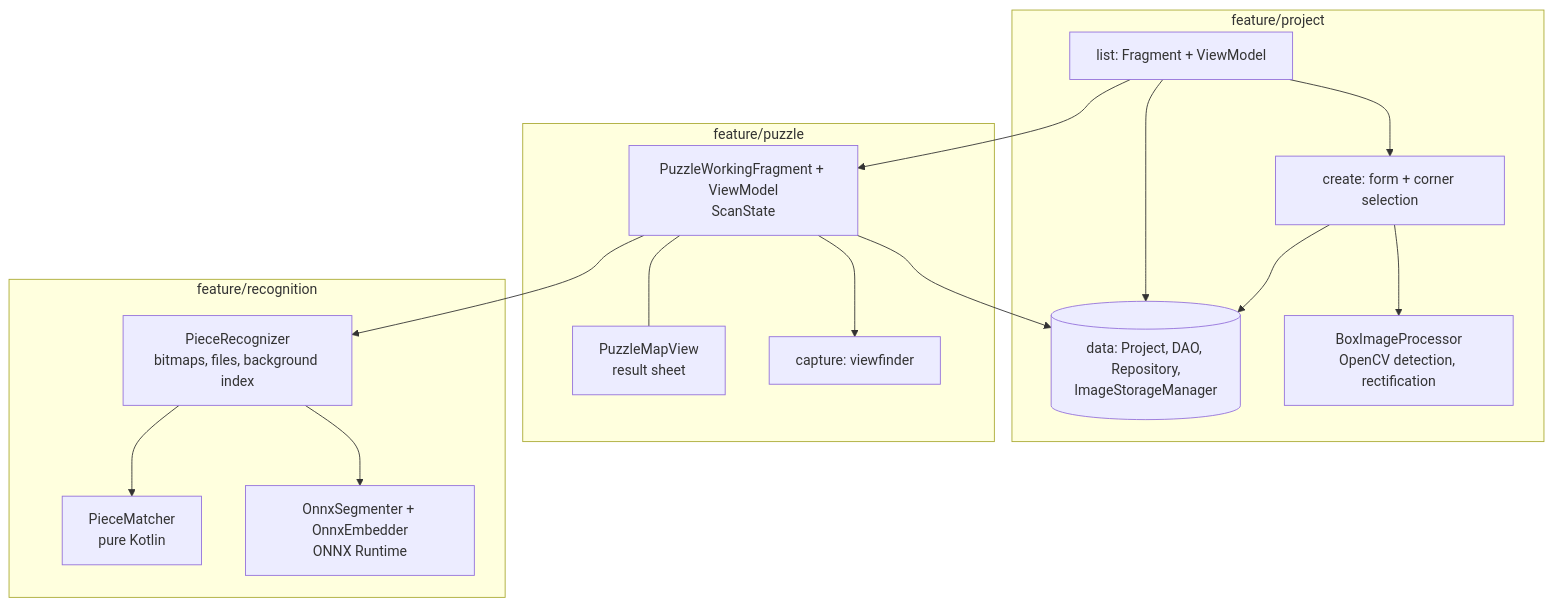
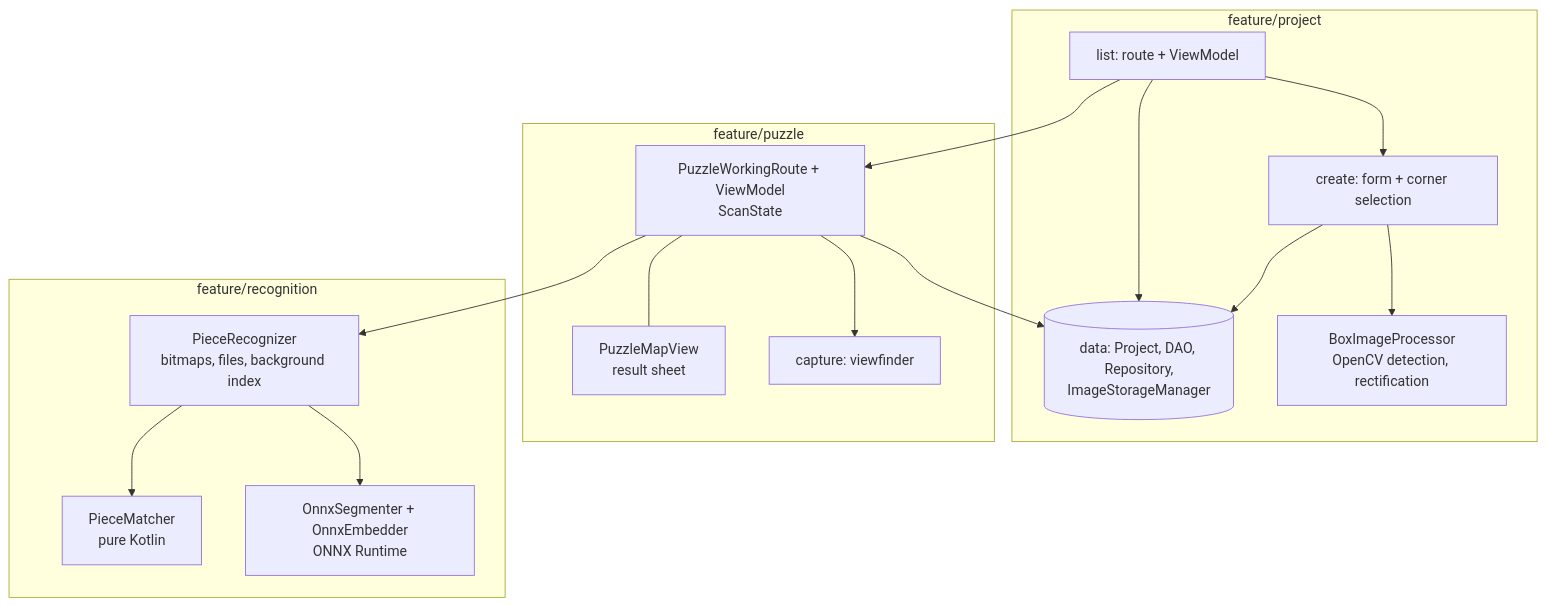
The second of 3 diagrams in README.md (LilyanLefevre/PuzzleIt), drawn with Mermaid before and after one commit. The commit also changed other lines of this file and 2 other files, not shown here.

Commit message:
docs: describe the Navigation Compose setup (09-compose, README, project notes)

````diff
--- a/README.md
+++ b/README.md
@@ -79,21 +79,21 @@
 ```mermaid
 flowchart TB
   subgraph project[feature/project]
-    L[list: Fragment + ViewModel]
+    L[list: route + ViewModel]
     C[create: form + corner selection]
     D[(data: Project, DAO, Repository,<br/>ImageStorageManager)]
     P[BoxImageProcessor<br/>OpenCV detection, rectification]
   end
   subgraph puzzle[feature/puzzle]
-    W[PuzzleWorkingFragment + ViewModel<br/>ScanState] --- M[PuzzleMapView<br/>result sheet]
+    W[PuzzleWorkingRoute + ViewModel<br/>ScanState] --- M[PuzzleMapView<br/>result sheet]
     K[capture: viewfinder]
   end
   subgraph recognition[feature/recognition]
     R[PieceRecognizer<br/>bitmaps, files, background index] --> PM[PieceMatcher<br/>pure Kotlin]
     R --> ON[OnnxSegmenter + OnnxEmbedder<br/>ONNX Runtime]
   end
   L --> W --> K
   L --> C --> P
   L & C & W --> D
   W --> R
 ```
````
